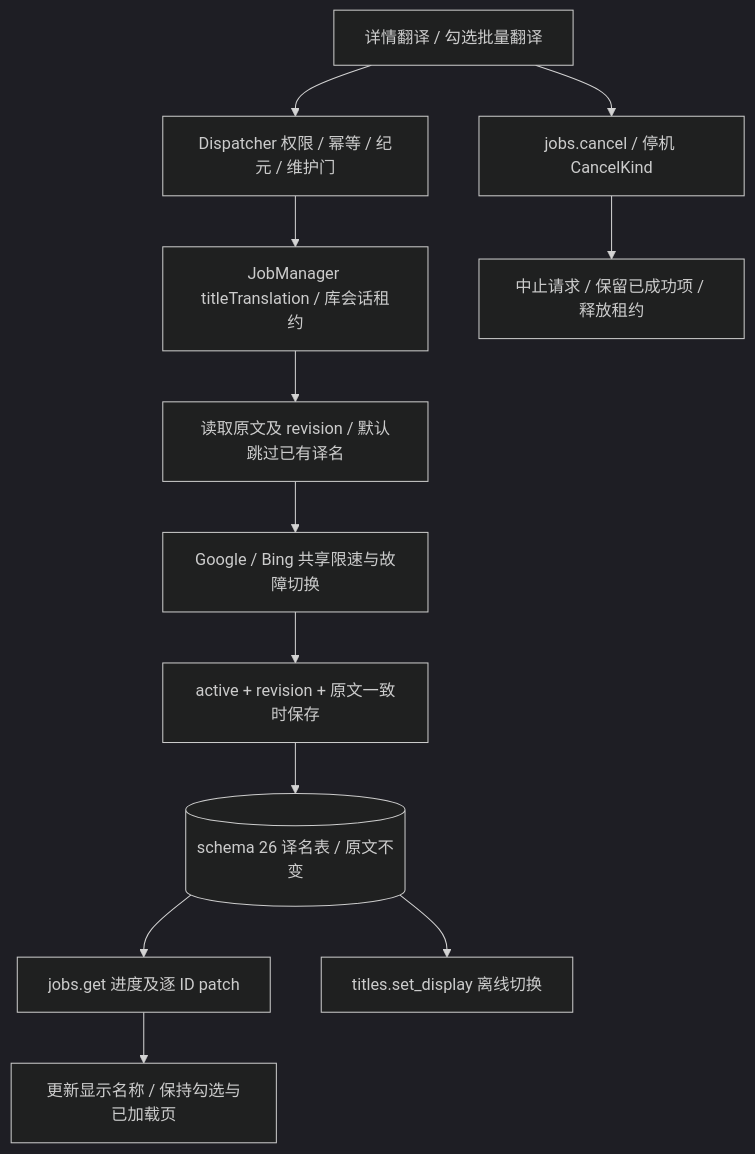
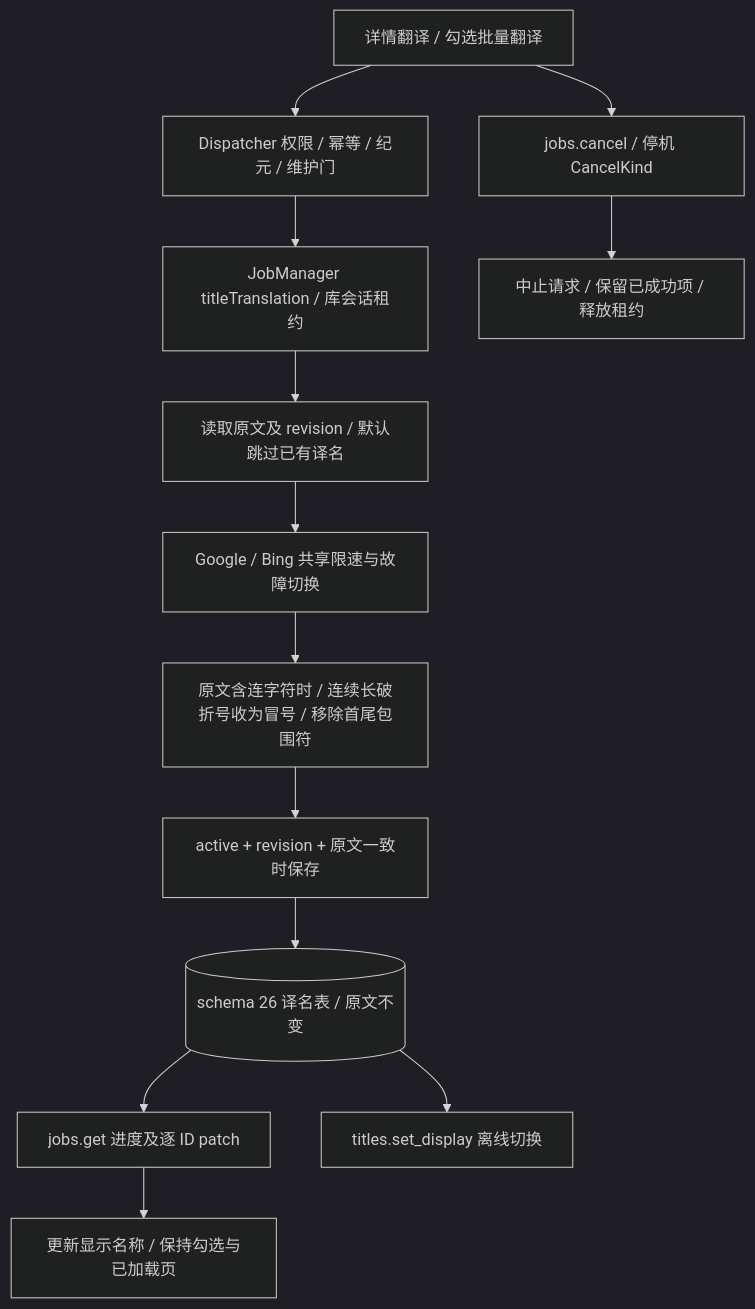
Before and after one commit to sumingwang233/GameLibrary: the first of 5 diagrams in docs/code-review-graph/flows.md, drawn with Mermaid (dark theme). The commit also changed other lines of this file and 16 other files, not shown here.

````diff
--- a/docs/code-review-graph/flows.md
+++ b/docs/code-review-graph/flows.md
@@ -5,14 +5,15 @@
 ```mermaid
 flowchart TD
     UI[详情翻译 / 勾选批量翻译] --> Gate[Dispatcher 权限 / 幂等 / 纪元 / 维护门]
     Gate --> Job[JobManager titleTranslation / 库会话租约]
     Job --> Read[读取原文及 revision / 默认跳过已有译名]
     Read --> HTTP[Google / Bing 共享限速与故障切换]
-    HTTP --> CAS[active + revision + 原文一致时保存]
+    HTTP --> Normalize[原文含连字符时 / 连续长破折号收为冒号 / 移除首尾包围符]
+    Normalize --> CAS[active + revision + 原文一致时保存]
     CAS --> Alias[(schema 26 译名表 / 原文不变)]
     Alias --> Progress[jobs.get 进度及逐 ID patch]
     Progress --> Cards[更新显示名称 / 保持勾选与已加载页]
     UI --> Cancel[jobs.cancel / 停机 CancelKind]
     Cancel --> Keep[中止请求 / 保留已成功项 / 释放租约]
     Alias --> Display[titles.set_display 离线切换]
 ```
````
